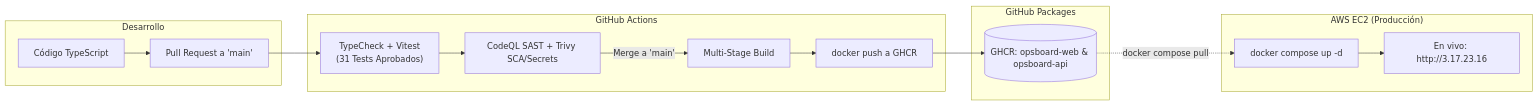
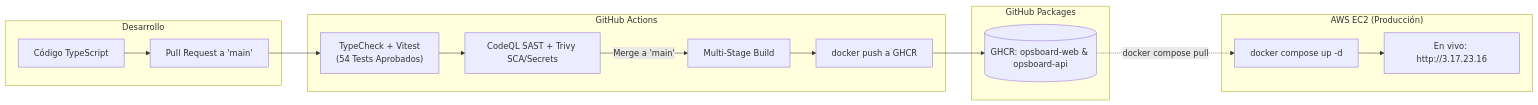
One commit to FranDSchz/devops-tp1 changed the diagram in README.md. Above: the diagram before and after it, drawn with Mermaid. The commit also changed other lines of this file and 9 other files, not shown here.

````diff
--- a/README.md
+++ b/README.md
@@ -124,22 +58,22 @@
 ```mermaid
 flowchart LR
     subgraph Dev["Desarrollo"]
         Code["Código TypeScript"] --> PR["Pull Request a 'main'"]
     end
 
     subgraph CI_CD["GitHub Actions"]
-        PR --> CI["TypeCheck + Vitest<br>(31 Tests Aprobados)"]
+        PR --> CI["TypeCheck + Vitest<br>(54 Tests Aprobados)"]
         CI --> SEC["CodeQL SAST + Trivy SCA/Secrets"]
         SEC -- "Merge a 'main'" --> Build["Multi-Stage Build"]
         Build --> Push["docker push a GHCR"]
     end
 
     subgraph Registry["GitHub Packages"]
         Push --> GHCR_REPO[("GHCR: opsboard-web & opsboard-api")]
     end
 
     subgraph Cloud["AWS EC2 (Producción)"]
         GHCR_REPO -.->|"docker compose pull"| Run["docker compose up -d"]
         Run --> Live["En vivo: http://3.17.23.16"]
     end
 ```
````
